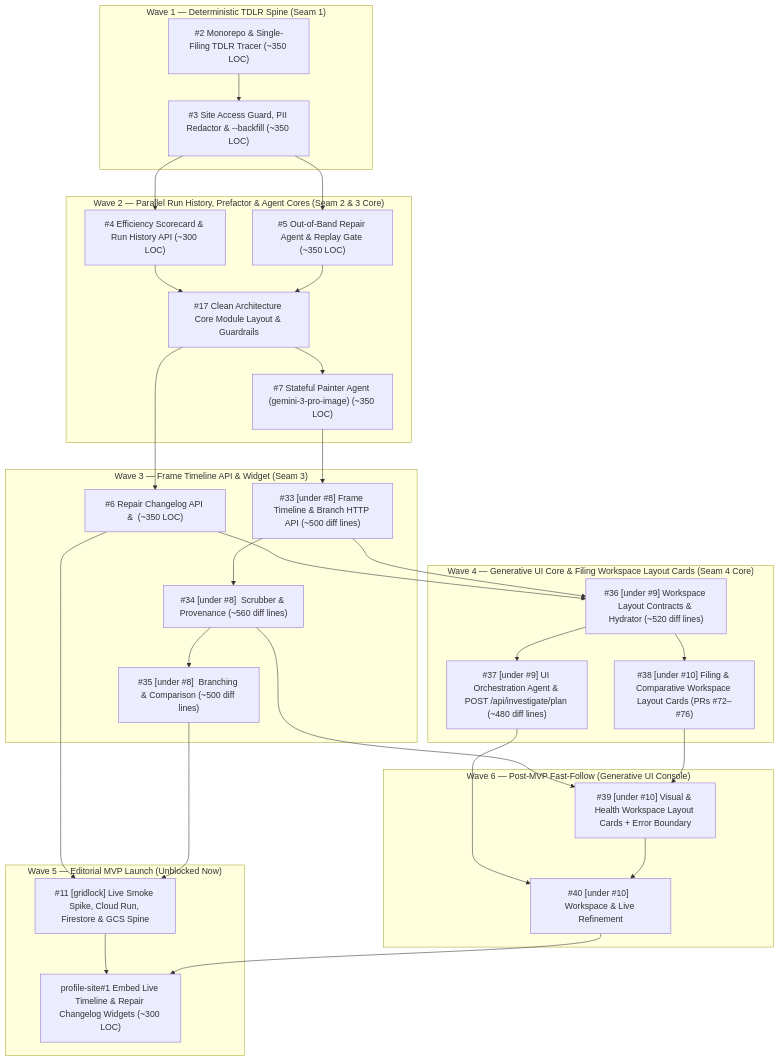
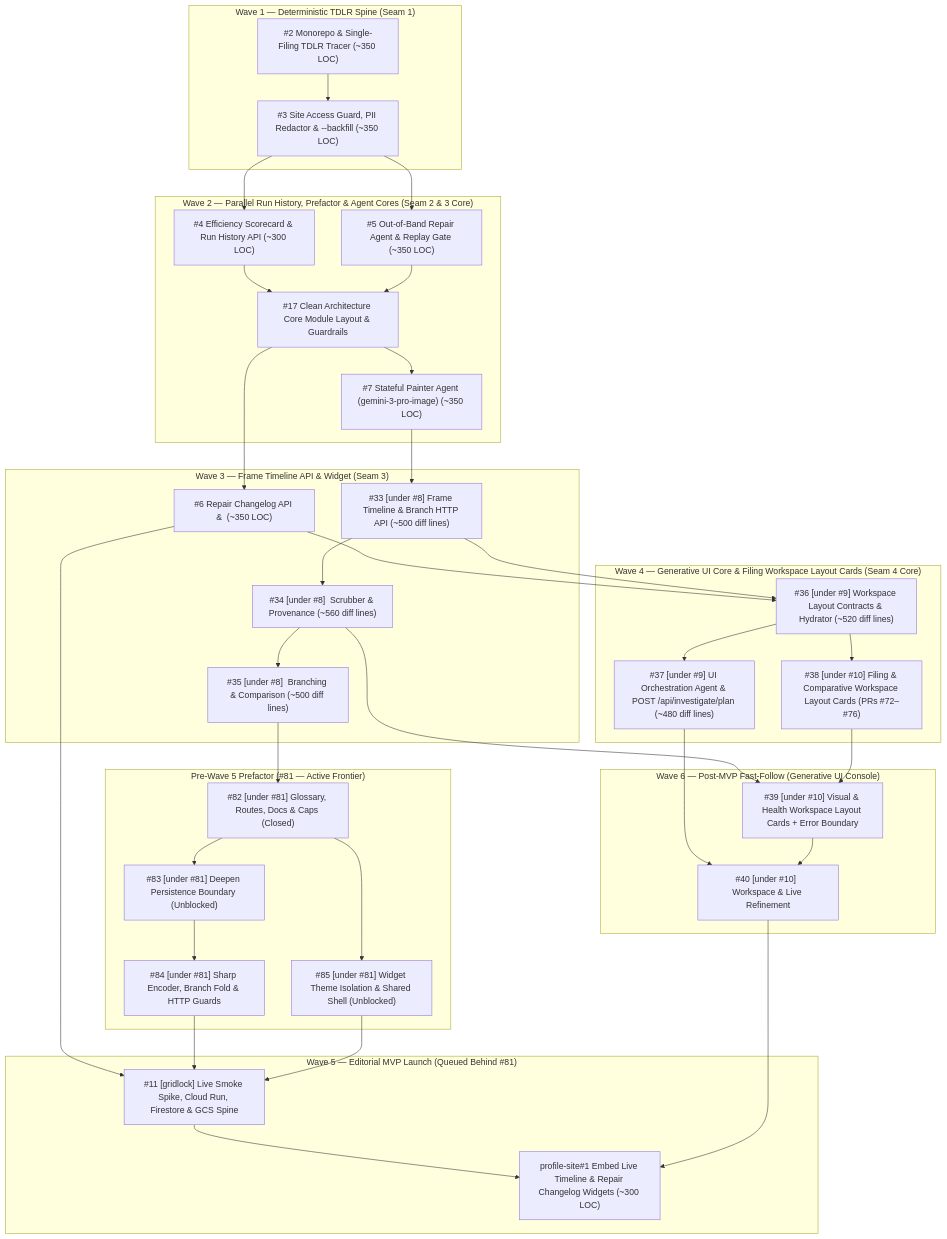
Before and after one commit to samasastudio/gridlock: the diagram in ROADMAP.md, drawn with Mermaid. The commit also changed other lines of this file and 4 other files, not shown here.

Commit message:
chore(retro): enable rename-aware PR size check, sync ROADMAP #81, and add stack merge snippet

````diff
--- a/ROADMAP.md
+++ b/ROADMAP.md
@@ -41,42 +46,50 @@
 ```mermaid
 flowchart TD
   subgraph Wave1["Wave 1 — Deterministic TDLR Spine (Seam 1)"]
     T2["#2 Monorepo & Single-Filing TDLR Tracer (~350 LOC)"] --> T3["#3 Site Access Guard, PII Redactor & --backfill (~350 LOC)"]
   end
 
   subgraph Wave2["Wave 2 — Parallel Run History, Prefactor & Agent Cores (Seam 2 & 3 Core)"]
     T3 --> T4["#4 Efficiency Scorecard & Run History API (~300 LOC)"]
     T3 --> T5["#5 Out-of-Band Repair Agent & Replay Gate (~350 LOC)"]
     T4 --> T17["#17 Clean Architecture Core Module Layout & Guardrails"]
     T5 --> T17
     T17 --> T7["#7 Stateful Painter Agent (gemini-3-pro-image) (~350 LOC)"]
   end
 
   subgraph Wave3["Wave 3 — Frame Timeline API & Widget (Seam 3)"]
     T17 --> T6["#6 Repair Changelog API & <GridlockRepairChangelogWidget /> (~350 LOC)"]
     T7 --> T33["#33 [under #8] Frame Timeline & Branch HTTP API (~500 diff lines)"]
     T33 --> T34["#34 [under #8] <GridlockTimelineWidget /> Scrubber & Provenance (~560 diff lines)"]
     T34 --> T35["#35 [under #8] <GridlockTimelineWidget /> Branching & Comparison (~500 diff lines)"]
   end
 
   subgraph Wave4["Wave 4 — Generative UI Core & Filing Workspace Layout Cards (Seam 4 Core)"]
     T6 --> T36["#36 [under #9] Workspace Layout Contracts & Hydrator (~520 diff lines)"]
     T33 --> T36
     T36 --> T37["#37 [under #9] UI Orchestration Agent & POST /api/investigate/plan (~480 diff lines)"]
     T36 --> T38["#38 [under #10] Filing & Comparative Workspace Layout Cards (PRs #72–#76)"]
   end
 
-  subgraph Wave5["Wave 5 — Editorial MVP Launch (Unblocked Now)"]
+  subgraph PreWave5["Pre-Wave 5 Prefactor (#81 — Active Frontier)"]
+    T35 --> T82["#82 [under #81] Glossary, Routes, Docs & Caps (Closed)"]
+    T82 --> T83["#83 [under #81] Deepen Persistence Boundary (Unblocked)"]
+    T82 --> T85["#85 [under #81] Widget Theme Isolation & Shared Shell (Unblocked)"]
+    T83 --> T84["#84 [under #81] Sharp Encoder, Branch Fold & HTTP Guards"]
+  end
+
+  subgraph Wave5["Wave 5 — Editorial MVP Launch (Queued Behind #81)"]
     T6 --> T11["#11 [gridlock] Live Smoke Spike, Cloud Run, Firestore & GCS Spine"]
-    T35 --> T11
+    T84 --> T11
+    T85 --> T11
     T11 --> P1["profile-site#1 Embed Live Timeline & Repair Changelog Widgets (~300 LOC)"]
   end
 
   subgraph Wave6["Wave 6 — Post-MVP Fast-Follow (Generative UI Console)"]
     T34 --> T39["#39 [under #10] Visual & Health Workspace Layout Cards + Error Boundary"]
     T38 --> T39
     T37 --> T40["#40 [under #10] <GridlockConsoleWidget /> Workspace & Live Refinement"]
     T39 --> T40
     T40 --> P1
   end
 ```
````
